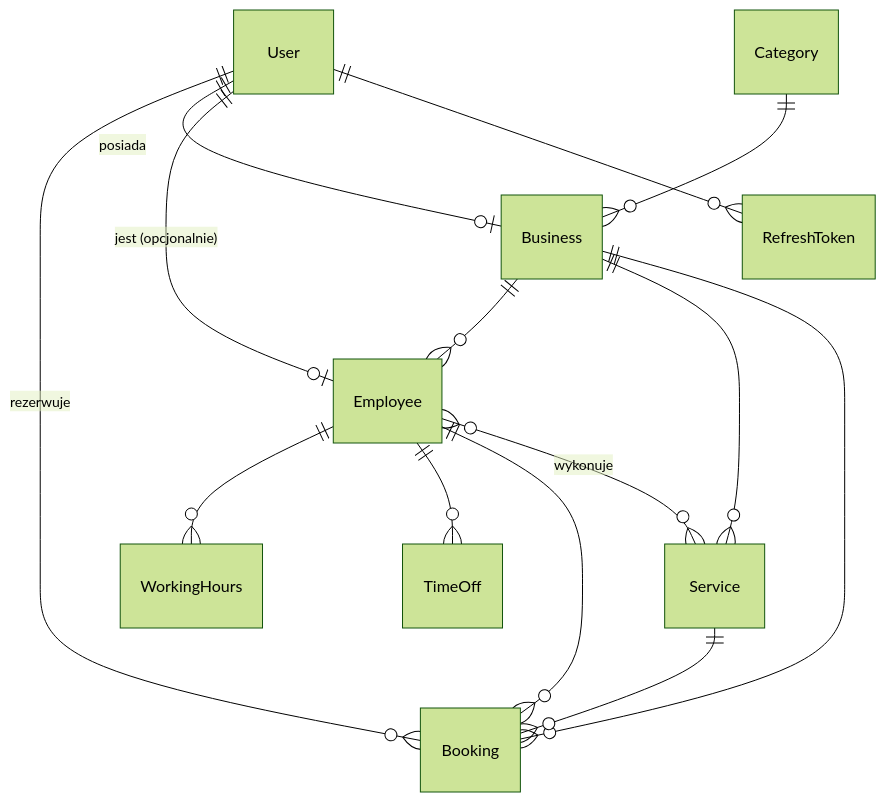
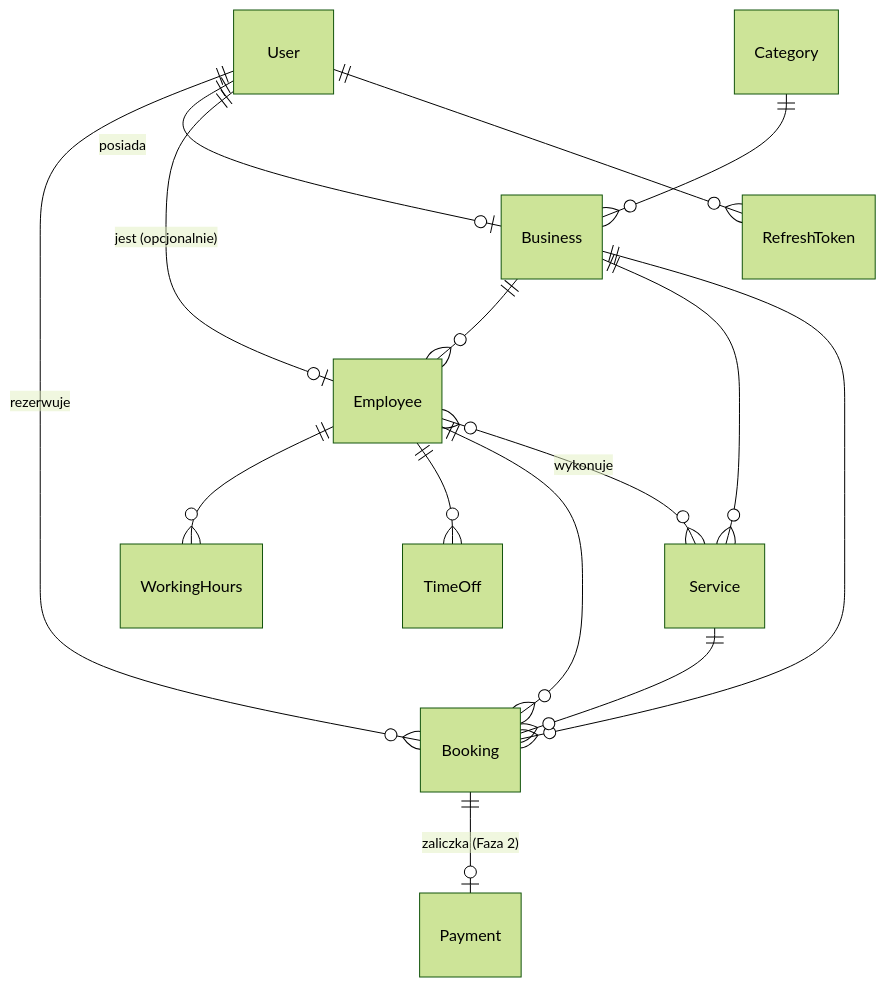
The first of 2 diagrams in docs/SDD.md (whit33y/bookit), drawn with Mermaid (forest theme) before and after one commit. The commit also changed other lines of this file and 19 other files, not shown here.

````diff
--- a/docs/SDD.md
+++ b/docs/SDD.md
@@ -97,16 +97,17 @@
 ```mermaid
 erDiagram
     User ||--o{ Booking : "rezerwuje"
     User ||--o| Business : "posiada"
     User ||--o| Employee : "jest (opcjonalnie)"
     User ||--o{ RefreshToken : ""
     Category ||--o{ Business : ""
     Business ||--o{ Employee : ""
     Business ||--o{ Service : ""
     Business ||--o{ Booking : ""
     Employee ||--o{ WorkingHours : ""
     Employee ||--o{ TimeOff : ""
     Employee ||--o{ Booking : ""
     Service ||--o{ Booking : ""
     Employee }o--o{ Service : "wykonuje"
+    Booking ||--o| Payment : "zaliczka (Faza 2)"
 ```
````
